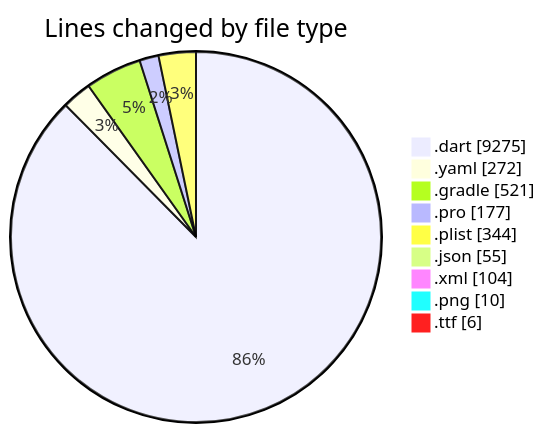
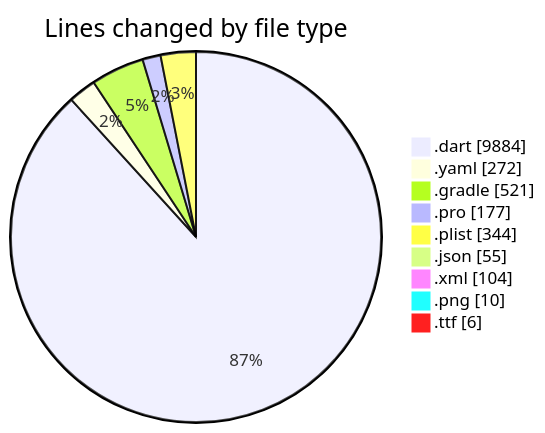
Before and after one commit to lephambinh05/code-tracking: the first of 2 diagrams in 2025-07-29/appproject/README.md, drawn with Mermaid. The commit also changed other lines of this file and 1 other file, not shown here.

````diff
--- a/2025-07-29/appproject/README.md
+++ b/2025-07-29/appproject/README.md
@@ -60,13 +62,13 @@
 ```mermaid
 pie showData
 title Lines changed by file type
-".dart" : 9275
+".dart" : 9884
 ".yaml" : 272
 ".gradle" : 521
 ".pro" : 177
 ".plist" : 344
 ".json" : 55
 ".xml" : 104
 ".png" : 10
 ".ttf" : 6
 ```
````
